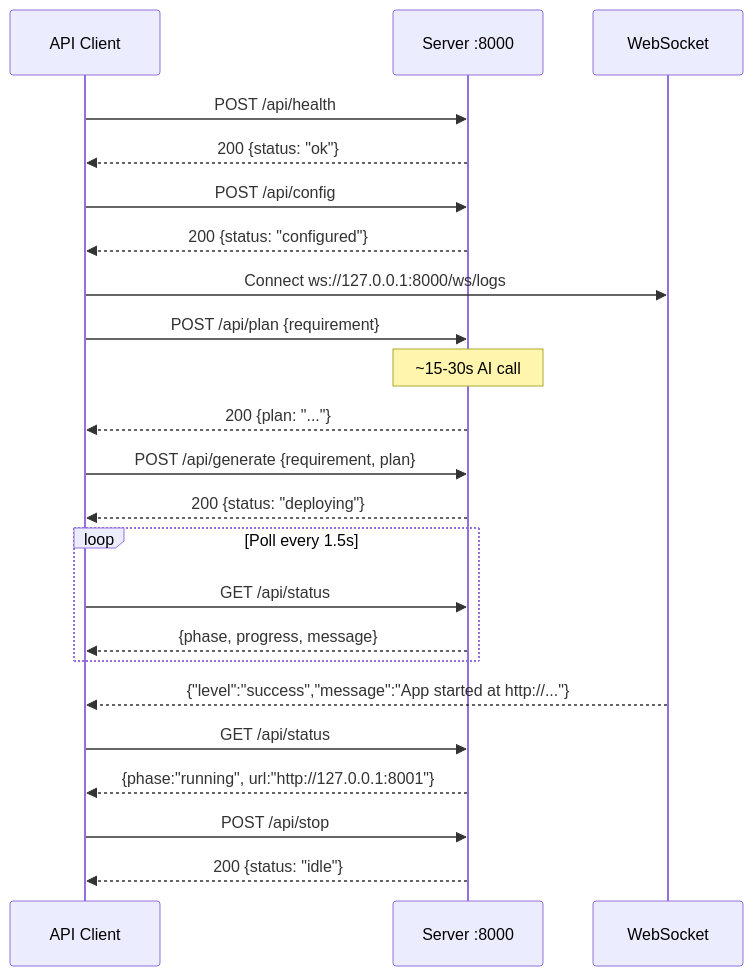
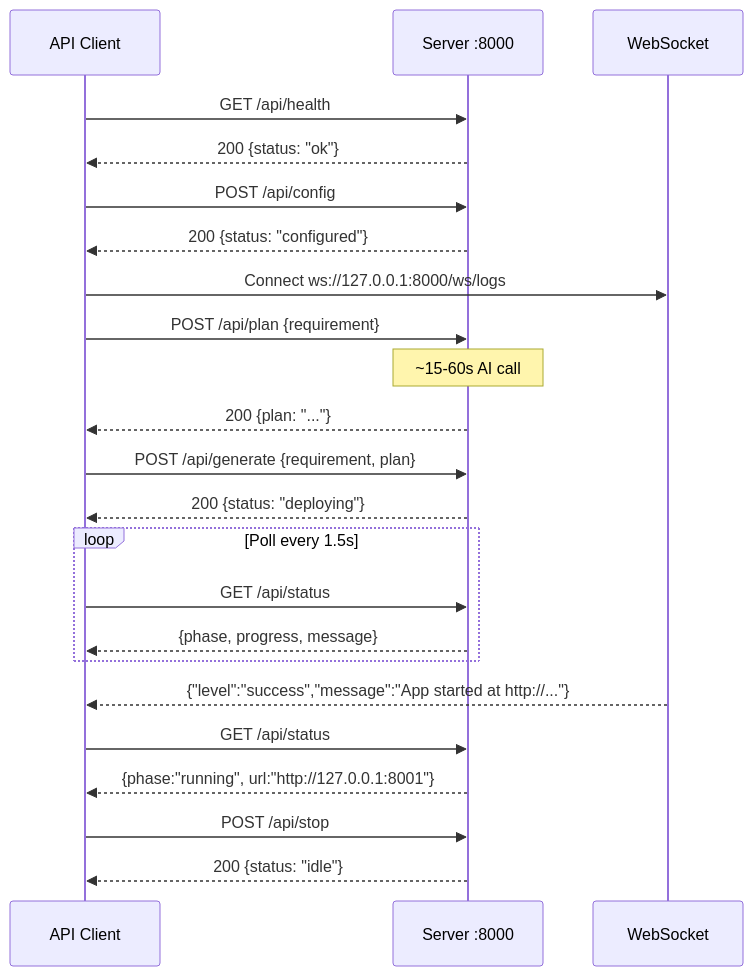
One commit to DXCSithlordPadawan/planforaplan changed the diagram in app/docs/03-API-GUIDE.md. Above: the diagram before and after it, drawn with Mermaid. The commit also changed other lines of this file and 10 other files, not shown here.

````diff
--- a/app/docs/03-API-GUIDE.md
+++ b/app/docs/03-API-GUIDE.md
@@ -439,34 +436,34 @@
 ```mermaid
 sequenceDiagram
     participant C as API Client
     participant S as Server :8000
     participant WS as WebSocket
 
-    C->>S: POST /api/health
+    C->>S: GET /api/health
     S-->>C: 200 {status: "ok"}
 
     C->>S: POST /api/config
     S-->>C: 200 {status: "configured"}
 
     C->>WS: Connect ws://127.0.0.1:8000/ws/logs
 
     C->>S: POST /api/plan {requirement}
-    Note over S: ~15-30s AI call
+    Note over S: ~15-60s AI call
     S-->>C: 200 {plan: "..."}
 
     C->>S: POST /api/generate {requirement, plan}
     S-->>C: 200 {status: "deploying"}
 
     loop Poll every 1.5s
         C->>S: GET /api/status
         S-->>C: {phase, progress, message}
     end
 
     WS-->>C: {"level":"success","message":"App started at http://..."}
 
     C->>S: GET /api/status
     S-->>C: {phase:"running", url:"http://127.0.0.1:8001"}
 
     C->>S: POST /api/stop
     S-->>C: 200 {status: "idle"}
 ```
````
